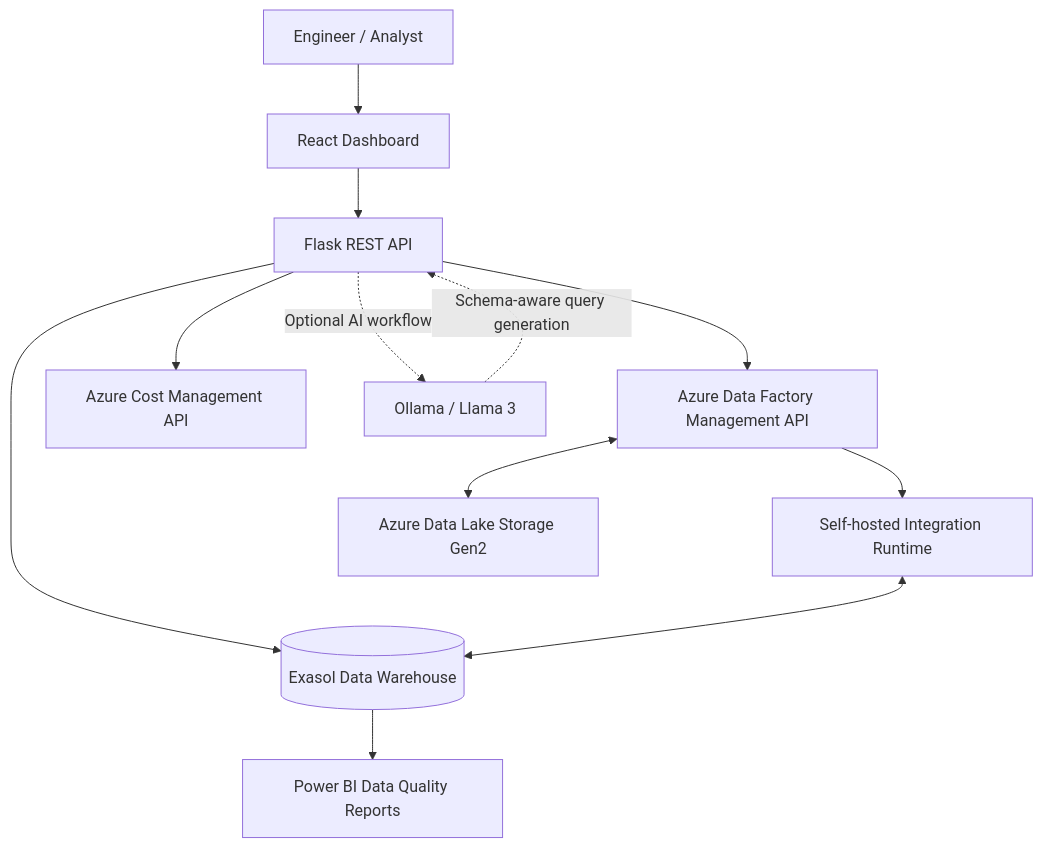
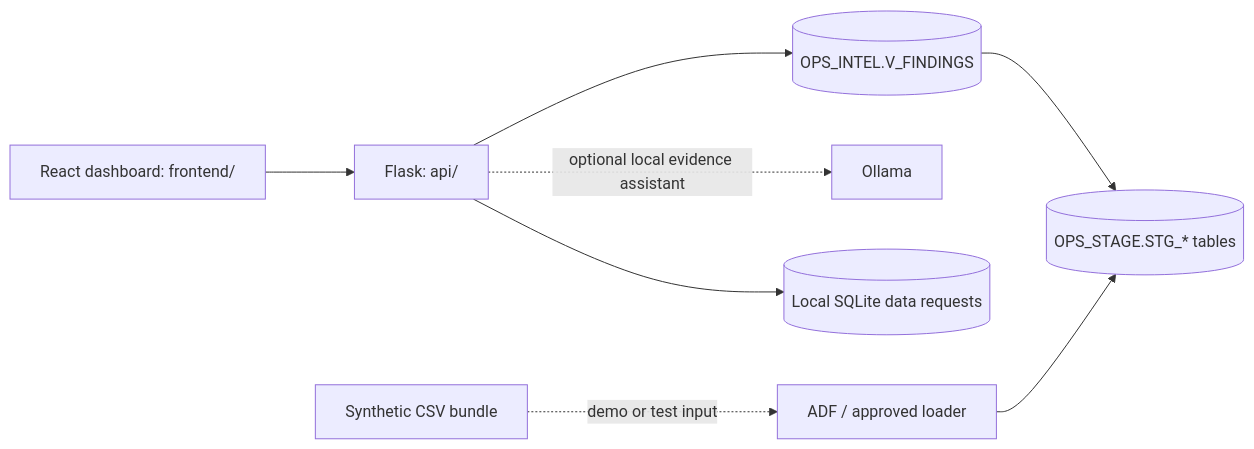
One commit to vyshhnavi-ndd/OpsNexus changed the diagram in README.md. Above: the diagram before and after it, drawn with Mermaid. The commit also changed other lines of this file and 11 other files, not shown here.

````diff
--- a/README.md
+++ b/README.md
@@ -53,14 +32,10 @@
 ```mermaid
-flowchart TB
-    U[Engineer / Analyst] --> UI[React Dashboard]
-    UI --> API[Flask REST API]
-    API --> ADF[Azure Data Factory Management API]
-    API --> EX[(Exasol Data Warehouse)]
-    API --> COST[Azure Cost Management API]
-    API -. Optional AI workflow .-> LLM[Ollama / Llama 3]
-    ADF --> IR[Self-hosted Integration Runtime]
-    IR <--> EX
-    ADF <--> LAKE[Azure Data Lake Storage Gen2]
-    EX --> BI[Power BI Data Quality Reports]
-    LLM -. Schema-aware query generation .-> API
+flowchart LR
+    UI[React dashboard: frontend/] --> API[Flask: api/]
+    API --> VIEW[(OPS_INTEL.V_FINDINGS)]
+    VIEW --> STAGE[(OPS_STAGE.STG_* tables)]
+    ADF[ADF / approved loader] --> STAGE
+    SYNTH[Synthetic CSV bundle] -. demo or test input .-> ADF
+    API -. optional local evidence assistant .-> OLLAMA[Ollama]
+    API --> SQLITE[(Local SQLite data requests)]
 ```
````
